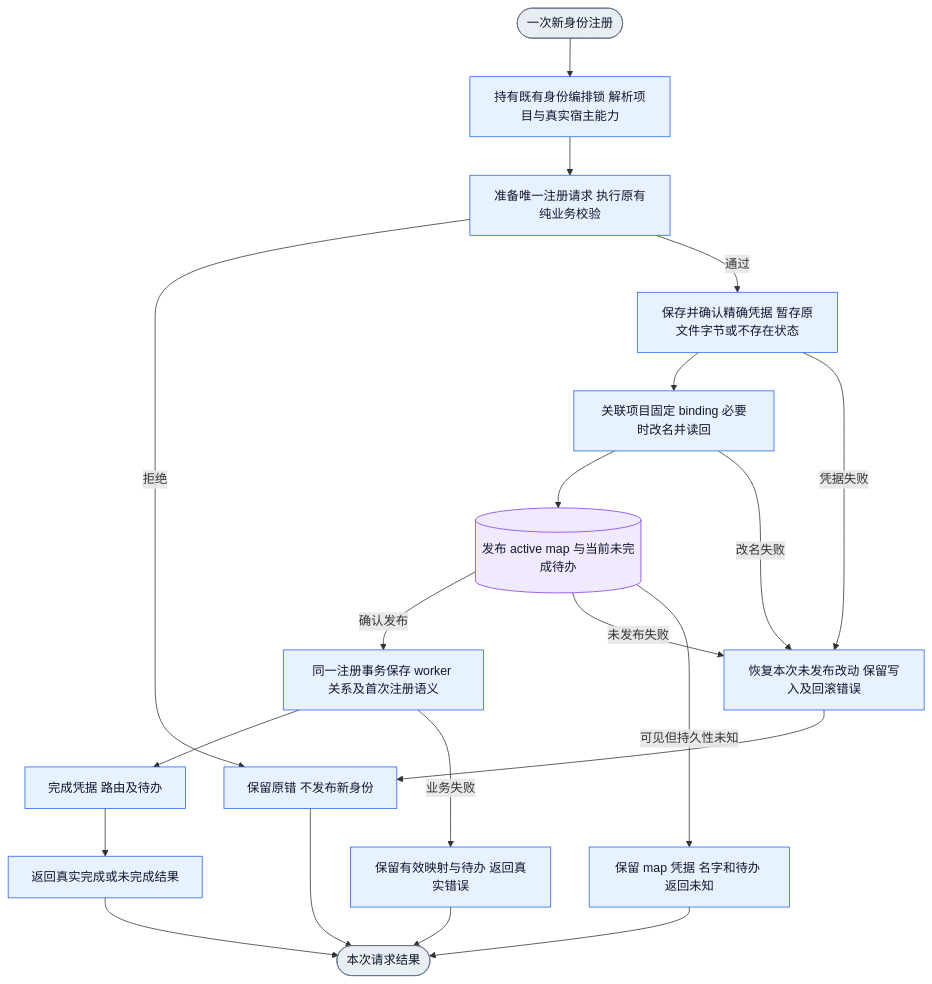
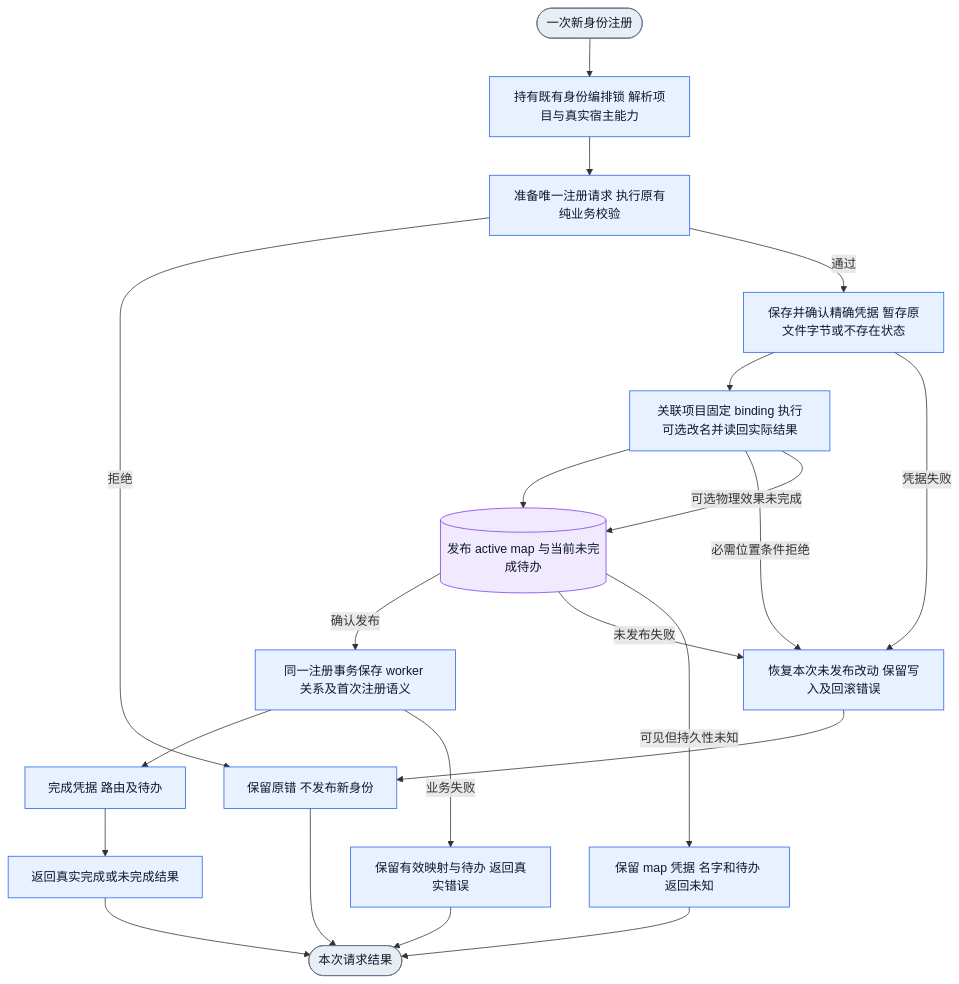
One commit to Jasonzhangf/appsdk changed the first of 5 diagrams in docs/design/collab-identity-lifecycle-consistency.md. Above: the diagram before and after it, drawn with Mermaid. The commit also changed other lines of this file and 103 other files, not shown here.

````diff
--- a/docs/design/collab-identity-lifecycle-consistency.md
+++ b/docs/design/collab-identity-lifecycle-consistency.md
@@ -54,26 +182,27 @@
 ```mermaid
 flowchart TD
  S([一次新身份注册]):::boundary --> A[持有既有身份编排锁 解析项目与真实宿主能力]:::action
  A --> B[准备唯一注册请求 执行原有纯业务校验]:::action
  B -->|拒绝| R[保留原错 不发布新身份]:::action
  B -->|通过| C[保存并确认精确凭据 暂存原文件字节或不存在状态]:::action
- C --> D[关联项目固定 binding 必要时改名并读回]:::action
+ C --> D[关联项目固定 binding 执行可选改名并读回实际结果]:::action
  D --> E[(发布 active map 与当前未完成待办)]:::data
  E -->|确认发布| F[同一注册事务保存 worker 关系及首次注册语义]:::action
  F --> G[完成凭据 路由及待办]:::action
  G --> R2[返回真实完成或未完成结果]:::action
  C -->|凭据失败| U[恢复本次未发布改动 保留写入及回滚错误]:::action
- D -->|改名失败| U
+ D -->|必需位置条件拒绝| U
+ D -->|可选物理效果未完成| E
  E -->|未发布失败| U
  U --> R
  E -->|可见但持久性未知| P[保留 map 凭据 名字和待办 返回未知]:::action
  F -->|业务失败| P2[保留有效映射与待办 返回真实错误]:::action
  P --> X([本次请求结果]):::boundary
  P2 --> X
  R --> X
  R2 --> X
  classDef boundary fill:#E9EEF5,stroke:#64748B,color:#0F172A
  classDef action fill:#E8F1FF,stroke:#2563EB,color:#0F172A
  classDef decision fill:#FFF4CC,stroke:#D97706,color:#0F172A
  classDef data fill:#F1EAFE,stroke:#7C3AED,color:#0F172A
 ```
````
